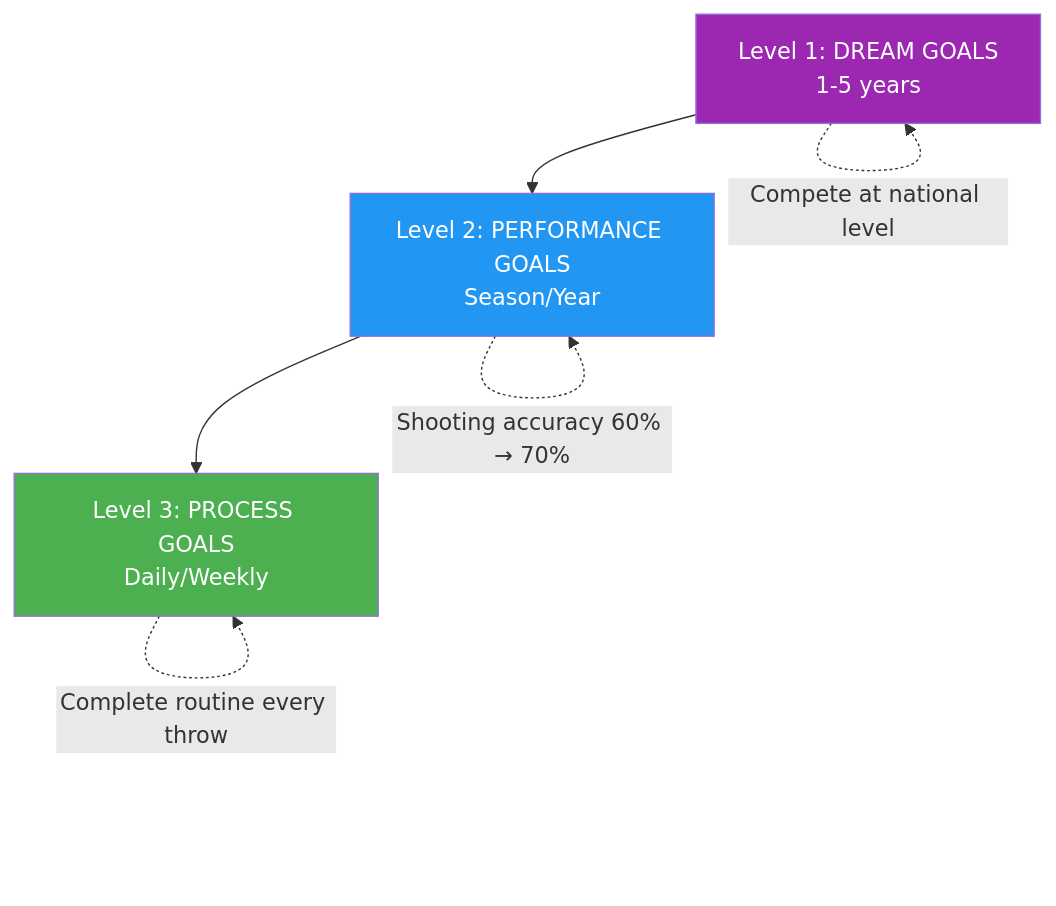
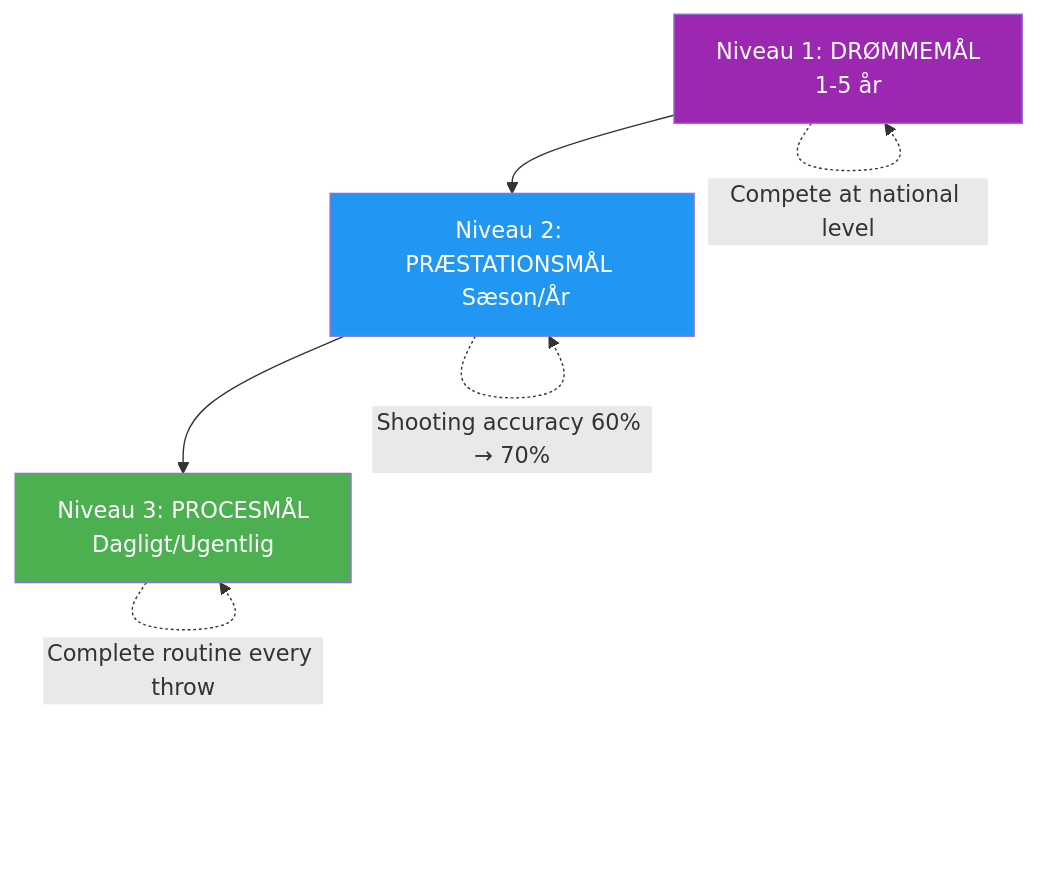
The diagram in docs/da/articles/elite-goal-setting.md (patwii/petanque-academy), drawn with Mermaid before and after one commit. The commit also changed other lines of this file and 550 other files, not shown here.

````diff
--- a/docs/da/articles/elite-goal-setting.md
+++ b/docs/da/articles/elite-goal-setting.md
@@ -33,13 +33,13 @@
 ```mermaid
 flowchart TD
-    A[Level 1: DREAM GOALS<br/>1-5 years] --> B[Level 2: PERFORMANCE GOALS<br/>Season/Year]
-    B --> C[Level 3: PROCESS GOALS<br/>Daily/Weekly]
+    A[Niveau 1: DRØMMEMÅL <br/> 1-5 år] --> B[Niveau 2: PRÆSTATIONSMÅL <br/> Sæson/År]
+    B --> C[Niveau 3: PROCESMÅL <br/> Dagligt/Ugentlig]
 
     A -.->|"Compete at national level"| A
     B -.->|"Shooting accuracy 60% → 70%"| B
     C -.->|"Complete routine every throw"| C
 
     style A fill:#9C27B0,color:#fff
     style B fill:#2196F3,color:#fff
     style C fill:#4CAF50,color:#fff
 ```
````
